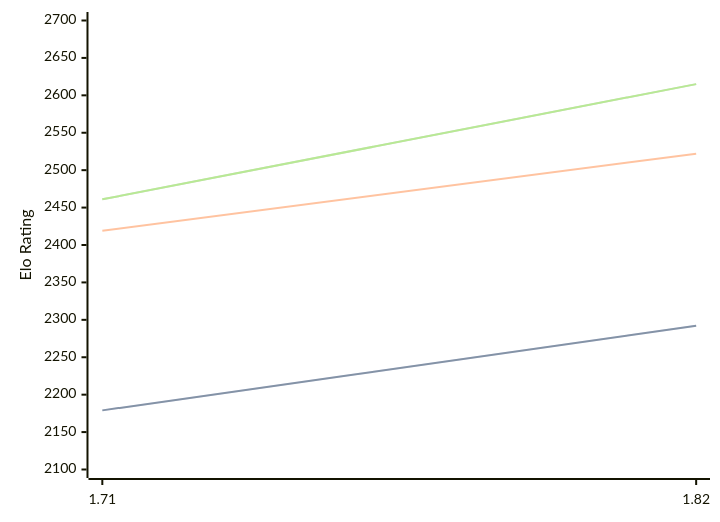
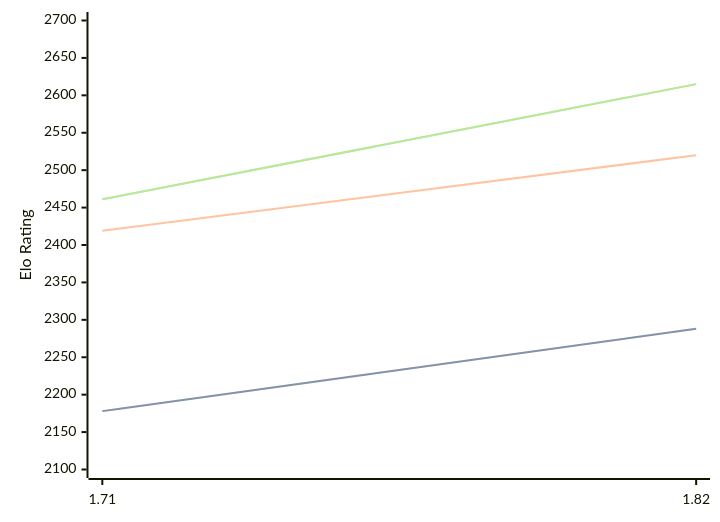
The first of 3 diagrams in engines/Amira.md (computer-chess-index/cci), drawn with Mermaid before and after one commit. The commit also changed other lines of this file, not shown here.

````diff
--- a/engines/Amira.md
+++ b/engines/Amira.md
@@ -35,11 +35,11 @@
 ```mermaid
 %%{init: {"theme":"base","themeVariables":{"seriesColors:['#a3a3a3','#222221','#faa371']}}}%%
 xychart-beta
   x-axis ["1.71", "1.82"]
   y-axis "Elo Rating" 2100 --> 2700
-  line "STC (8.0+0.08s)" [2179, 2292]
-  line "STC (8.0+0.08s)" [2179, 2292]
-  line "LTC (60.0+0.60s)" [2419, 2522]
+  line "STC (8.0+0.08s)" [2178, 2288]
+  line "STC (8.0+0.08s)" [2178, 2288]
+  line "LTC (60.0+0.60s)" [2419, 2520]
   line "VLTC (2m24s+1.12s)" [2461, 2615]
   line "VLTC (2m24s+1.12s)" [2461, 2615]
 ```
````
